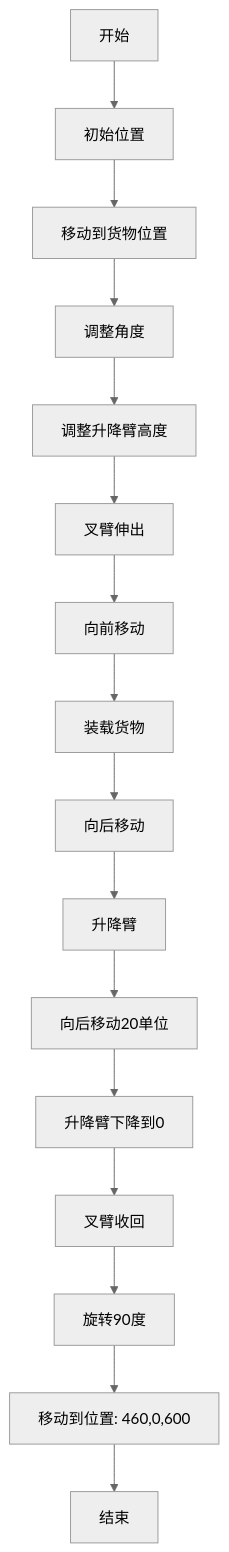
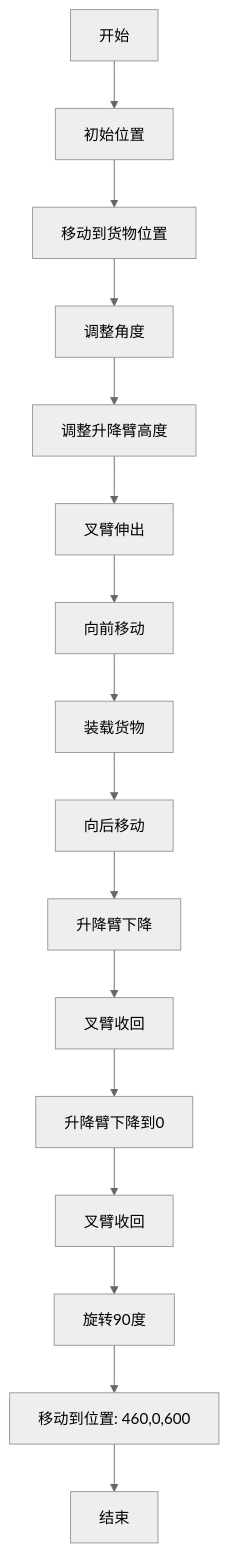
The diagram in all/未命名-1.md (Mrmilu212/iodraw-files), drawn with Mermaid (neutral theme) before and after one commit.

Commit message:
2025-05-20 14:23:59 update

````diff
--- a/all/未命名-1.md
+++ b/all/未命名-1.md
@@ -1,18 +1,18 @@
 ```mermaid
 graph TD
     A[开始] --> B[初始位置]
     B --> C[移动到货物位置]
     C --> D[调整角度]
     D --> E[调整升降臂高度]
     E --> F[叉臂伸出]
     F --> G[向前移动]
     G --> H[装载货物]
     H --> I[向后移动]
-    I --> J[升降臂]
-    J --> K[向后移动20单位]
+    I --> J[升降臂下降]
+    J --> K[叉臂收回]
     K --> L[升降臂下降到0]
     L --> M[叉臂收回]
     M --> N[旋转90度]
     N --> O[移动到位置: 460,0,600]
     O --> P[结束]
 ```
````
